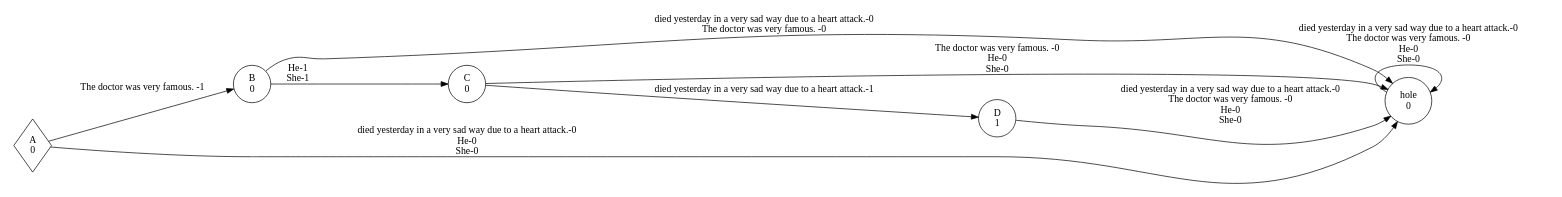
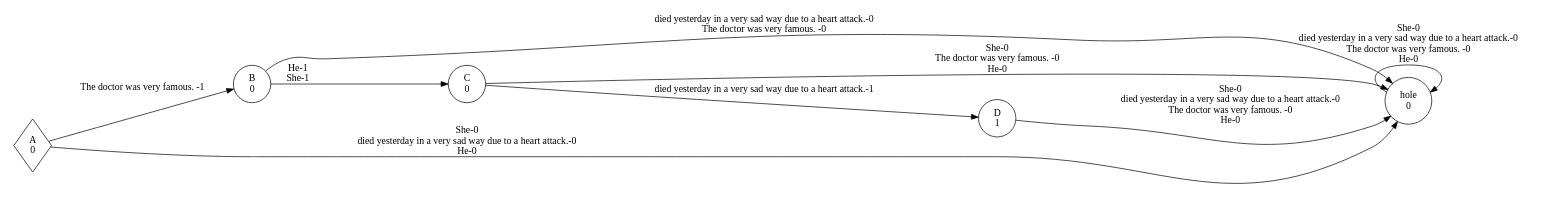
The diagram in EXPERIMENT_doctor_post_branching/DOCTOR_WFA_12.dot (kidnixt/pdfa_extraction), drawn with Graphviz before and after one commit. The commit also changed 31 other files, not shown here.

```diff
--- a/EXPERIMENT_doctor_post_branching/DOCTOR_WFA_12.dot
+++ b/EXPERIMENT_doctor_post_branching/DOCTOR_WFA_12.dot
@@ -1,34 +1,34 @@
 digraph weighted_automaton {
 	margin=0 rankdir=LR size=15
 	node [shape=circle]
 	A [label="A
 0" shape=diamond]
 	A -> B [label="The doctor was very famous. -1"]
-	A -> hole [label="died yesterday in a very sad way due to a heart attack.-0
-He-0
-She-0"]
+	A -> hole [label="She-0
+died yesterday in a very sad way due to a heart attack.-0
+He-0"]
 	B [label="B
 0"]
 	B -> C [label="He-1
 She-1"]
 	B -> hole [label="died yesterday in a very sad way due to a heart attack.-0
 The doctor was very famous. -0"]
 	C [label="C
 0"]
 	C -> D [label="died yesterday in a very sad way due to a heart attack.-1"]
-	C -> hole [label="The doctor was very famous. -0
-He-0
-She-0"]
+	C -> hole [label="She-0
+The doctor was very famous. -0
+He-0"]
 	D [label="D
 1"]
-	D -> hole [label="died yesterday in a very sad way due to a heart attack.-0
+	D -> hole [label="She-0
+died yesterday in a very sad way due to a heart attack.-0
 The doctor was very famous. -0
-He-0
-She-0"]
+He-0"]
 	hole [label="hole
 0"]
-	hole -> hole [label="died yesterday in a very sad way due to a heart attack.-0
+	hole -> hole [label="She-0
+died yesterday in a very sad way due to a heart attack.-0
 The doctor was very famous. -0
-He-0
-She-0"]
+He-0"]
 }
```
